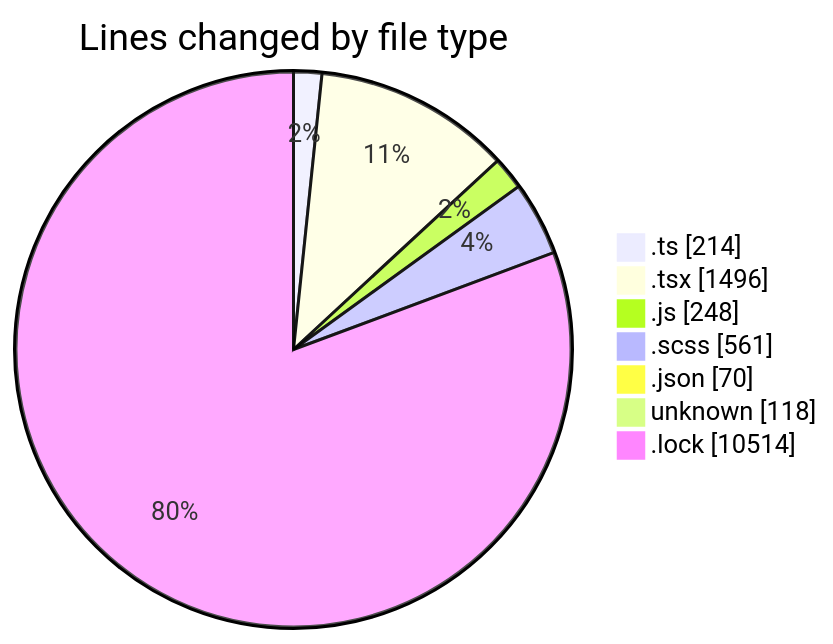
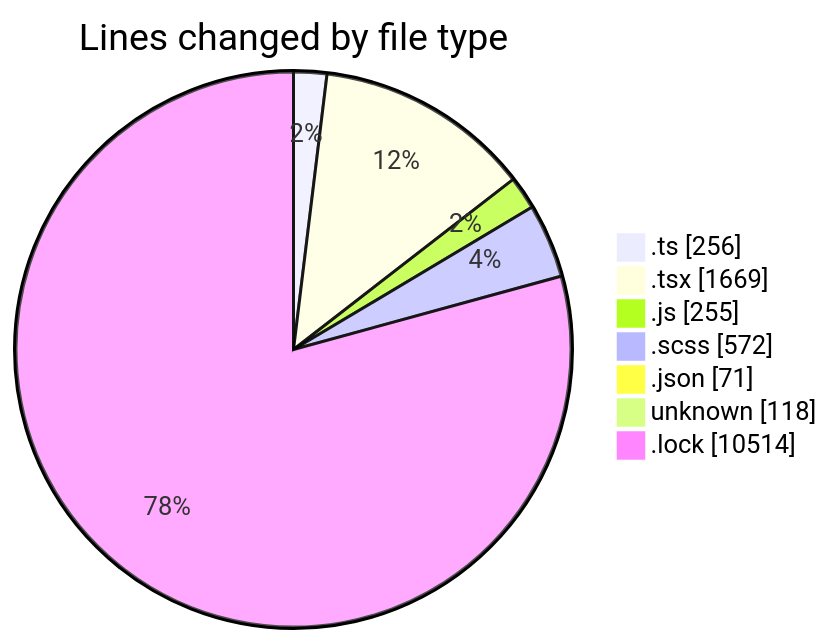
The first of 2 diagrams in 2026-05-08/cda/README.md (momahboobian/code-tracking), drawn with Mermaid before and after one commit. The commit also changed other lines of this file and 1 other file, not shown here.

````diff
--- a/2026-05-08/cda/README.md
+++ b/2026-05-08/cda/README.md
@@ -42,11 +42,11 @@
 ```mermaid
 pie showData
 title Lines changed by file type
-".ts" : 214
-".tsx" : 1496
-".js" : 248
-".scss" : 561
-".json" : 70
+".ts" : 256
+".tsx" : 1669
+".js" : 255
+".scss" : 572
+".json" : 71
 "unknown" : 118
 ".lock" : 10514
 ```
````
